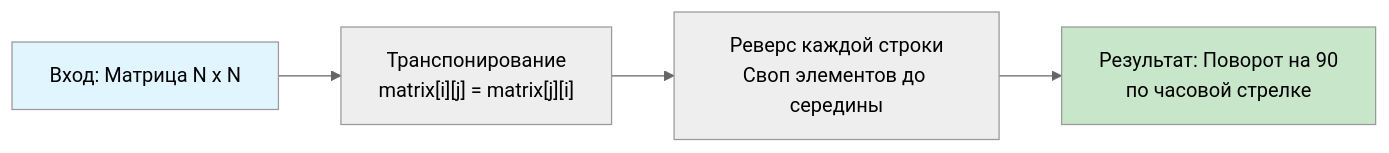
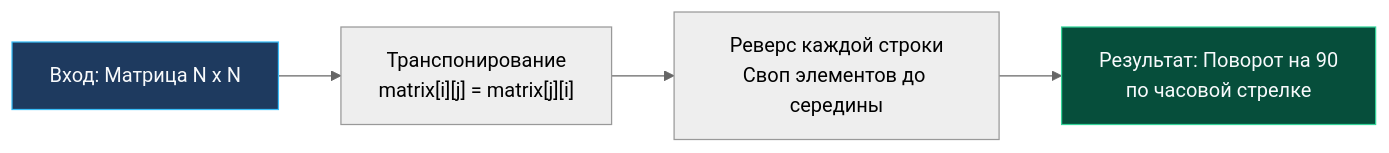
Before and after one commit to UnrealTemplier/go-textbook: the diagram in sources/21. Задачи с LeetCode и собеседований на Go/02. Задачи/24. Матрицы и grid задачи/4. Rotate Image.md, drawn with Mermaid (neutral theme). The commit also changed 310 other files, not shown here.

First line of the commit message:
fix(mermaid): replace light fill colors with dark palette for readability on dark theme

````diff
--- a/sources/21. Задачи с LeetCode и собеседований на Go/02. Задачи/24. Матрицы и grid задачи/4. Rotate Image.md
+++ b/sources/21. Задачи с LeetCode и собеседований на Go/02. Задачи/24. Матрицы и grid задачи/4. Rotate Image.md
@@ -15,9 +15,9 @@
 ```mermaid
 flowchart LR
     Start["Вход: Матрица N x N"] --> T["Транспонирование<br>matrix[i][j] = matrix[j][i]"]
     T --> R["Реверс каждой строки<br>Своп элементов до середины"]
     R --> End["Результат: Поворот на 90<br>по часовой стрелке"]
     
-    style Start fill:#e1f5fe
-    style End fill:#c8e6c9
+    style Start fill:#1e3a5f,stroke:#38bdf8,color:#f8fafc
+    style End fill:#064e3b,stroke:#34d399,color:#f8fafc
 ```
````
